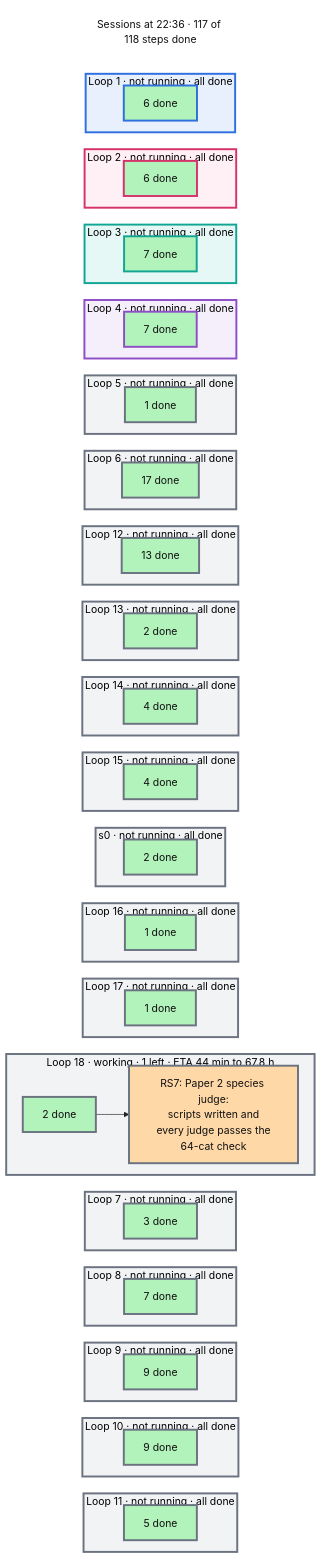
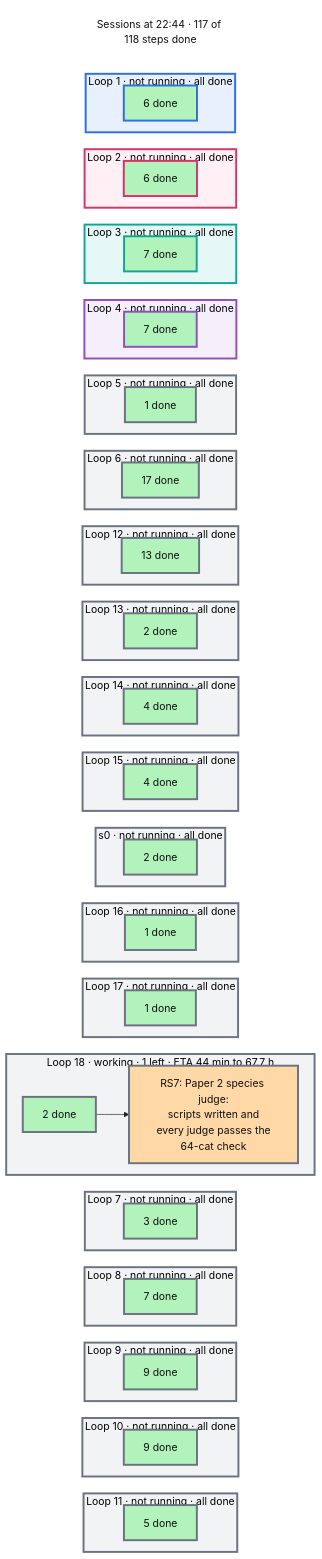
Before and after one commit to mo-rsa24/concept-composition: the diagram in artifacts/notes/progress/sessions.mmd, drawn with Mermaid. The commit also changed 8 other files, not shown here.

```diff
--- a/artifacts/notes/progress/sessions.mmd
+++ b/artifacts/notes/progress/sessions.mmd
@@ -1,124 +1,124 @@
 %%{init: {'theme': 'base', 'themeVariables': {'fontFamily': 'monospace', 'primaryColor': '#ffffff', 'primaryBorderColor': '#222222', 'primaryTextColor': '#111111', 'lineColor': '#222222'}, 'flowchart': {'nodeSpacing': 16, 'rankSpacing': 26}}}%%
 flowchart TB
   classDef done fill:#b2f2bb,color:#111111
   classDef doing fill:#ffd8a8,color:#111111
   classDef todo fill:#e9ecef,color:#111111
   classDef note fill:#ffffff,stroke:#c92a2a,stroke-dasharray:5 5,color:#c92a2a
-  now["Sessions at 22:36 · 117 of 118 steps done"]
+  now["Sessions at 22:44 · 117 of 118 steps done"]
   style now fill:#ffffff,stroke:#ffffff,color:#111111
   subgraph L0["Loop 1 · not running · all done"]
     direction LR
     d0["6 done"]:::done
   end
   subgraph L1["Loop 2 · not running · all done"]
     direction LR
     d1["6 done"]:::done
   end
   subgraph L2["Loop 3 · not running · all done"]
     direction LR
     d2["7 done"]:::done
   end
   subgraph L3["Loop 4 · not running · all done"]
     direction LR
     d3["7 done"]:::done
   end
   subgraph L4["Loop 5 · not running · all done"]
     direction LR
     d4["1 done"]:::done
   end
   subgraph L5["Loop 6 · not running · all done"]
     direction LR
     d5["17 done"]:::done
   end
   subgraph L6["Loop 12 · not running · all done"]
     direction LR
     d6["13 done"]:::done
   end
   subgraph L7["Loop 13 · not running · all done"]
     direction LR
     d7["2 done"]:::done
   end
   subgraph L8["Loop 14 · not running · all done"]
     direction LR
     d8["4 done"]:::done
   end
   subgraph L9["Loop 15 · not running · all done"]
     direction LR
     d9["4 done"]:::done
   end
   subgraph L10["s0 · not running · all done"]
     direction LR
     d10["2 done"]:::done
   end
   subgraph L11["Loop 16 · not running · all done"]
     direction LR
     d11["1 done"]:::done
   end
   subgraph L12["Loop 17 · not running · all done"]
     direction LR
     d12["1 done"]:::done
   end
-  subgraph L13["Loop 18 · working · 1 left · ETA 44 min to 67.8 h"]
+  subgraph L13["Loop 18 · working · 1 left · ETA 44 min to 67.7 h"]
     direction LR
     d13["2 done"]:::done --> n_RS7["RS7: Paper 2 species judge:<br/>scripts written and<br/>every judge passes the<br/>64-cat check"]:::doing
   end
   subgraph L14["Loop 7 · not running · all done"]
     direction LR
     d14["3 done"]:::done
   end
   subgraph L15["Loop 8 · not running · all done"]
     direction LR
     d15["7 done"]:::done
   end
   subgraph L16["Loop 9 · not running · all done"]
     direction LR
     d16["9 done"]:::done
   end
   subgraph L17["Loop 10 · not running · all done"]
     direction LR
     d17["9 done"]:::done
   end
   subgraph L18["Loop 11 · not running · all done"]
     direction LR
     d18["5 done"]:::done
   end
   now ~~~ L0 ~~~ L1 ~~~ L2 ~~~ L3 ~~~ L4 ~~~ L5 ~~~ L6 ~~~ L7 ~~~ L8 ~~~ L9 ~~~ L10 ~~~ L11 ~~~ L12 ~~~ L13 ~~~ L14 ~~~ L15 ~~~ L16 ~~~ L17 ~~~ L18
   style L0 fill:#e8f0fd,stroke:#2f6fde,stroke-width:3px
   style d0 stroke:#2f6fde,stroke-width:3px
   style L1 fill:#fff0f6,stroke:#d6336c,stroke-width:3px
   style d1 stroke:#d6336c,stroke-width:3px
   style L2 fill:#e6f8f5,stroke:#12a594,stroke-width:3px
   style d2 stroke:#12a594,stroke-width:3px
   style L3 fill:#f5effb,stroke:#8e4ec6,stroke-width:3px
   style d3 stroke:#8e4ec6,stroke-width:3px
   style L4 fill:#f1f3f5,stroke:#6b7280,stroke-width:3px
   style d4 stroke:#6b7280,stroke-width:3px
   style L5 fill:#f1f3f5,stroke:#6b7280,stroke-width:3px
   style d5 stroke:#6b7280,stroke-width:3px
   style L6 fill:#f1f3f5,stroke:#6b7280,stroke-width:3px
   style d6 stroke:#6b7280,stroke-width:3px
   style L7 fill:#f1f3f5,stroke:#6b7280,stroke-width:3px
   style d7 stroke:#6b7280,stroke-width:3px
   style L8 fill:#f1f3f5,stroke:#6b7280,stroke-width:3px
   style d8 stroke:#6b7280,stroke-width:3px
   style L9 fill:#f1f3f5,stroke:#6b7280,stroke-width:3px
   style d9 stroke:#6b7280,stroke-width:3px
   style L10 fill:#f1f3f5,stroke:#6b7280,stroke-width:3px
   style d10 stroke:#6b7280,stroke-width:3px
   style L11 fill:#f1f3f5,stroke:#6b7280,stroke-width:3px
   style d11 stroke:#6b7280,stroke-width:3px
   style L12 fill:#f1f3f5,stroke:#6b7280,stroke-width:3px
   style d12 stroke:#6b7280,stroke-width:3px
   style L13 fill:#f1f3f5,stroke:#6b7280,stroke-width:3px
   style d13 stroke:#6b7280,stroke-width:3px
   style n_RS7 stroke:#6b7280,stroke-width:3px
   style L14 fill:#f1f3f5,stroke:#6b7280,stroke-width:3px
   style d14 stroke:#6b7280,stroke-width:3px
   style L15 fill:#f1f3f5,stroke:#6b7280,stroke-width:3px
   style d15 stroke:#6b7280,stroke-width:3px
   style L16 fill:#f1f3f5,stroke:#6b7280,stroke-width:3px
   style d16 stroke:#6b7280,stroke-width:3px
   style L17 fill:#f1f3f5,stroke:#6b7280,stroke-width:3px
   style d17 stroke:#6b7280,stroke-width:3px
   style L18 fill:#f1f3f5,stroke:#6b7280,stroke-width:3px
   style d18 stroke:#6b7280,stroke-width:3px
```
